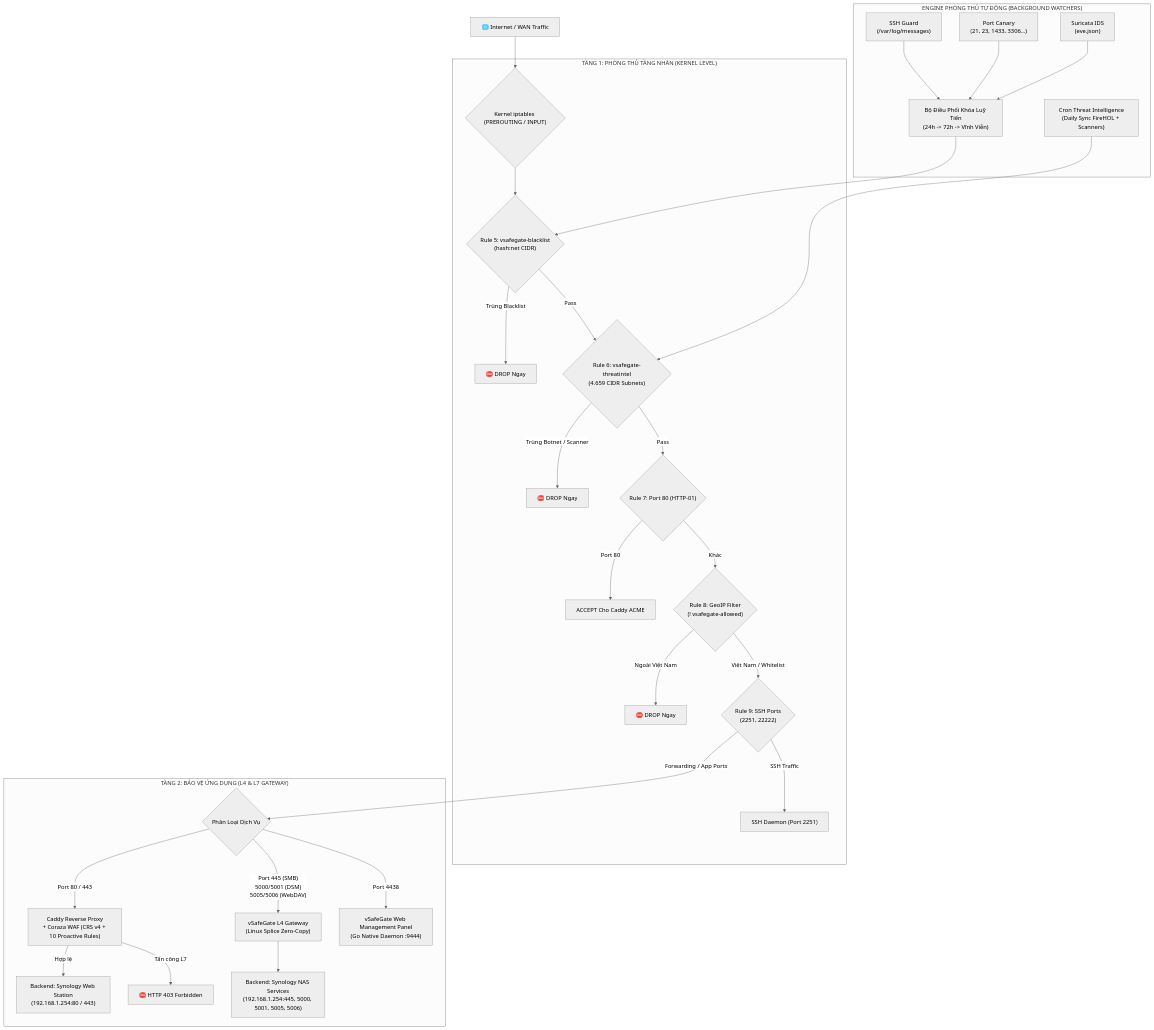
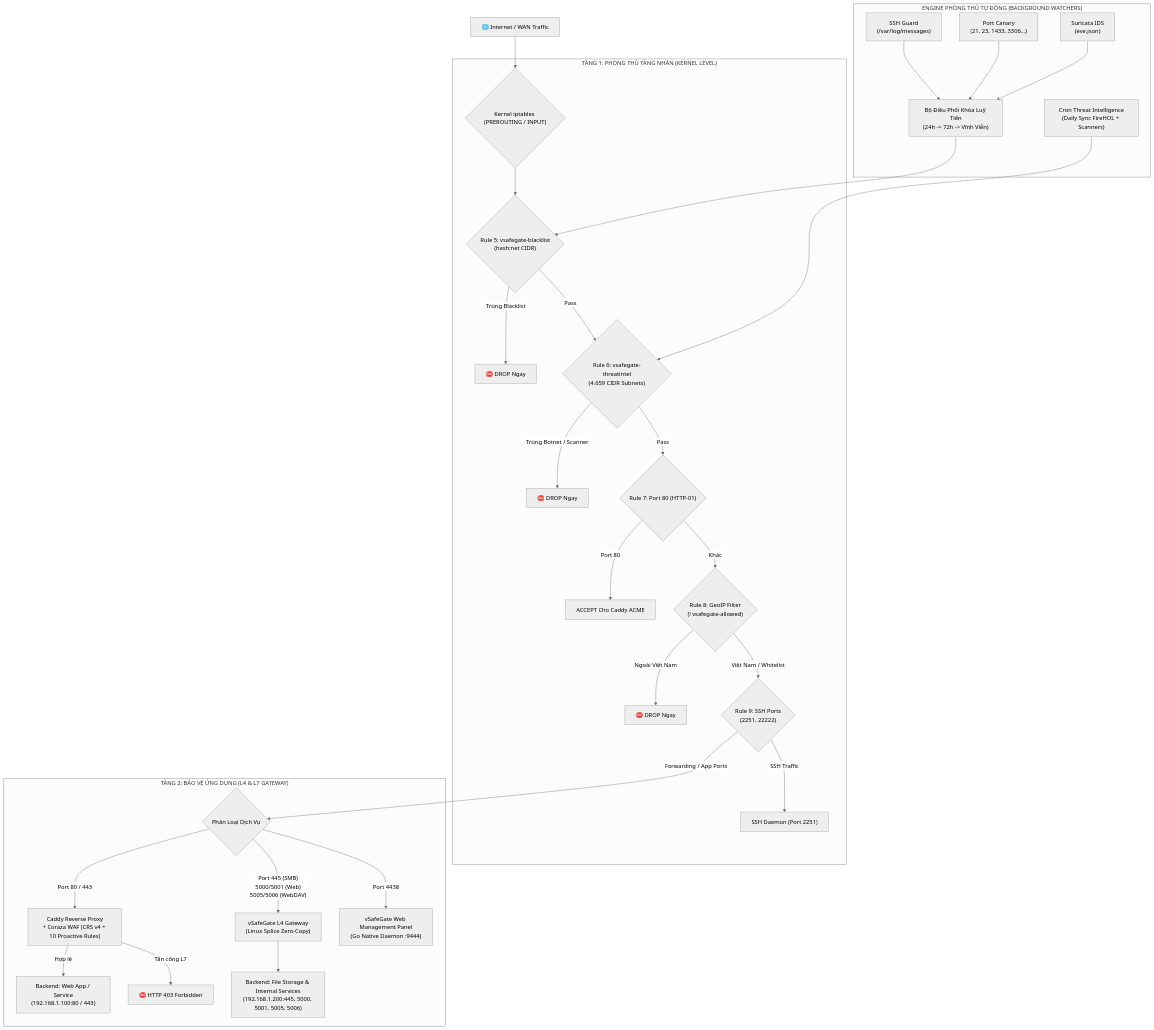
Before and after one commit to daovantrong/vSafeGate: the diagram in README.md, drawn with Mermaid (neutral theme). The commit also changed other lines of this file and 5 other files, not shown here.

````diff
--- a/README.md
+++ b/README.md
@@ -31,42 +31,42 @@
 ```mermaid
 flowchart TD
     Client["🌐 Internet / WAN Traffic"] --> IPTables{"Kernel iptables (PREROUTING / INPUT)"}
 
     subgraph Tier1["TẦNG 1: PHÒNG THỦ TẦNG NHÂN (KERNEL LEVEL)"]
         IPTables --> SetBlacklist{"Rule 5: vsafegate-blacklist\n(hash:net CIDR)"}
         SetBlacklist -- "Trùng Blacklist" --> Drop1["⛔ DROP Ngay"]
         
         SetBlacklist -- "Pass" --> SetThreat{"Rule 6: vsafegate-threatintel\n(4.659 CIDR Subnets)"}
         SetThreat -- "Trùng Botnet / Scanner" --> Drop2["⛔ DROP Ngay"]
         
         SetThreat -- "Pass" --> RuleHTTP{"Rule 7: Port 80 (HTTP-01)"}
         RuleHTTP -- "Port 80" --> Accept1["ACCEPT Cho Caddy ACME"]
 
         RuleHTTP -- "Khác" --> SetGeo{"Rule 8: GeoIP Filter\n(! vsafegate-allowed)"}
         SetGeo -- "Ngoài Việt Nam" --> Drop3["⛔ DROP Ngay"]
 
         SetGeo -- "Việt Nam / Whitelist" --> RuleSSH{"Rule 9: SSH Ports\n(2251, 22222)"}
         RuleSSH -- "SSH Traffic" --> SSHD["SSH Daemon (Port 2251)"]
     end
 
     subgraph Tier2["TẦNG 2: BẢO VỆ ỨNG DỤNG (L4 & L7 GATEWAY)"]
         RuleSSH -- "Forwarding / App Ports" --> Dispatcher{"Phân Loại Dịch Vụ"}
 
         Dispatcher -- "Port 80 / 443" --> CaddyWAF["Caddy Reverse Proxy\n+ Coraza WAF (CRS v4 + 10 Proactive Rules)"]
-        CaddyWAF -- "Hợp lệ" --> WebUpstream["Backend: Synology Web Station\n(192.168.1.254:80 / 443)"]
+        CaddyWAF -- "Hợp lệ" --> WebUpstream["Backend: Web App / Service\n(192.168.1.100:80 / 443)"]
         CaddyWAF -- "Tấn công L7" --> Block403["⛔ HTTP 403 Forbidden"]
 
-        Dispatcher -- "Port 445 (SMB)\n5000/5001 (DSM)\n5005/5006 (WebDAV)" --> L4Proxy["vSafeGate L4 Gateway\n(Linux Splice Zero-Copy)"]
-        L4Proxy --> NASBackend["Backend: Synology NAS Services\n(192.168.1.254:445, 5000, 5001, 5005, 5006)"]
+        Dispatcher -- "Port 445 (SMB)\n5000/5001 (Web)\n5005/5006 (WebDAV)" --> L4Proxy["vSafeGate L4 Gateway\n(Linux Splice Zero-Copy)"]
+        L4Proxy --> NASBackend["Backend: File Storage & Internal Services\n(192.168.1.200:445, 5000, 5001, 5005, 5006)"]
 
         Dispatcher -- "Port 4438" --> AdminPanel["vSafeGate Web Management Panel\n(Go Native Daemon :9444)"]
     end
 
     subgraph DefenseEngine["ENGINE PHÒNG THỦ TỰ ĐỘNG (BACKGROUND WATCHERS)"]
         SSHGuardWatcher["SSH Guard\n(/var/log/messages)"] --> EscalationBan["Bộ Điều Phối Khóa Luỹ Tiến\n(24h -> 72h -> Vĩnh Viễn)"]
         CanaryHoneypot["Port Canary\n(21, 23, 1433, 3306...)"] --> EscalationBan
         SuricataIDS["Suricata IDS\n(eve.json)"] --> EscalationBan
         ThreatSync["Cron Threat Intelligence\n(Daily Sync FireHOL + Scanners)"] --> SetThreat
         EscalationBan --> SetBlacklist
     end
 ```
````
